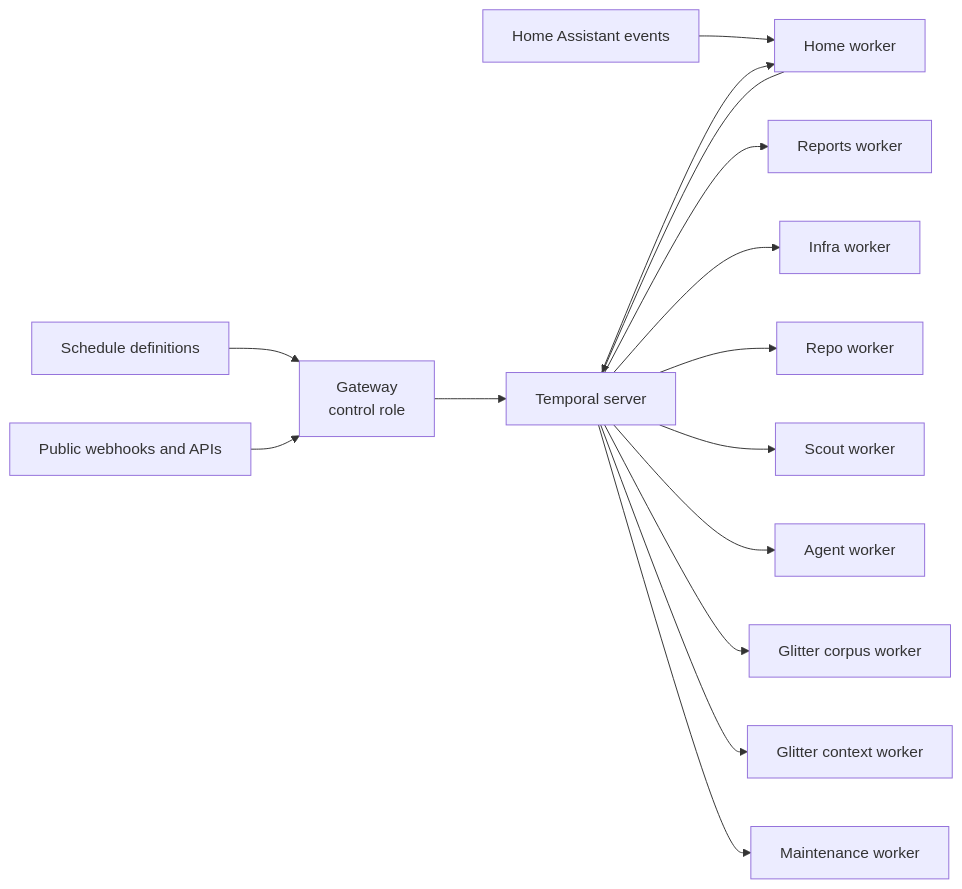
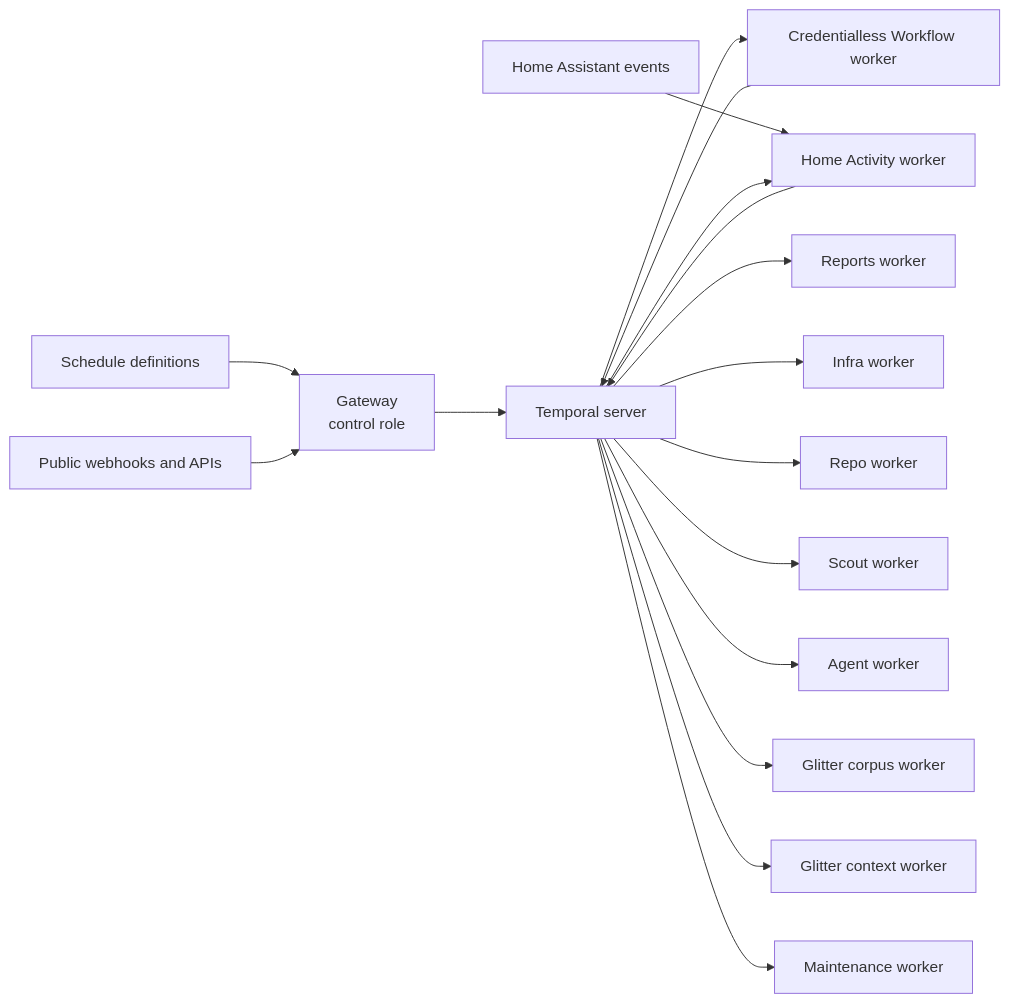
One commit to shepherdjerred/monorepo changed the diagram in packages/docs/wiki/src/content/docs/explanation/temporal/overview.md. Above: the diagram before and after it, drawn with Mermaid. The commit also changed other lines of this file and 99 other files, not shown here.

First line of the commit message:
feat(temporal): separate deterministic workflow workers

````diff
--- a/packages/docs/wiki/src/content/docs/explanation/temporal/overview.md
+++ b/packages/docs/wiki/src/content/docs/explanation/temporal/overview.md
@@ -12,20 +12,22 @@
 ```mermaid
 flowchart LR
   accTitle: Temporal worker system map
-  accDescr: A tokenless gateway reconciles schedules and receives public requests. Temporal dispatches each workflow and activity to one of nine domain queues. Home Assistant events enter through the home worker. Every domain has independent health and metrics endpoints.
+  accDescr: A tokenless gateway reconciles schedules and receives public requests. Temporal sends deterministic code to a credentialless Workflow worker and effects to ten Activity queues. Home Assistant events enter through the home worker. Every domain has independent health and metrics endpoints.
 
   S[Schedule definitions] --> G[Gateway<br/>control role]
   W[Public webhooks and APIs] --> G
   G --> T[Temporal server]
   E[Home Assistant events] --> H[Home worker]
   H --> T
-  T --> H
+  T --> F[Credentialless Workflow worker]
+  F --> T
+  T --> H[Home Activity worker]
   T --> R[Reports worker]
   T --> I[Infra worker]
   T --> P[Repo worker]
   T --> C[Scout worker]
   T --> A[Agent worker]
   T --> D[Glitter corpus worker]
   T --> X[Glitter context worker]
   T --> M[Maintenance worker]
 ```
````
